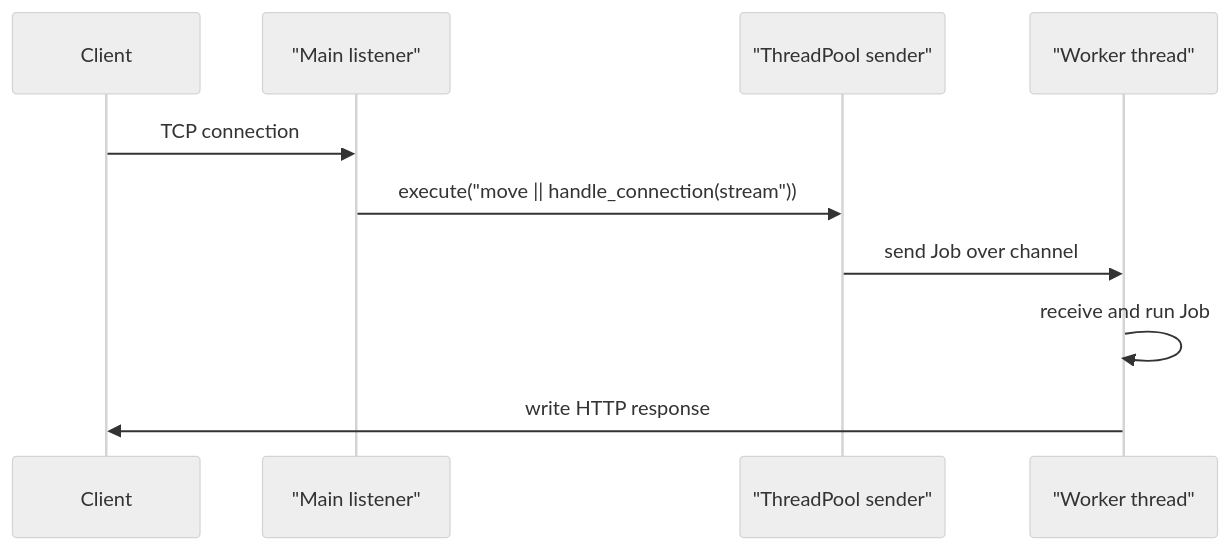
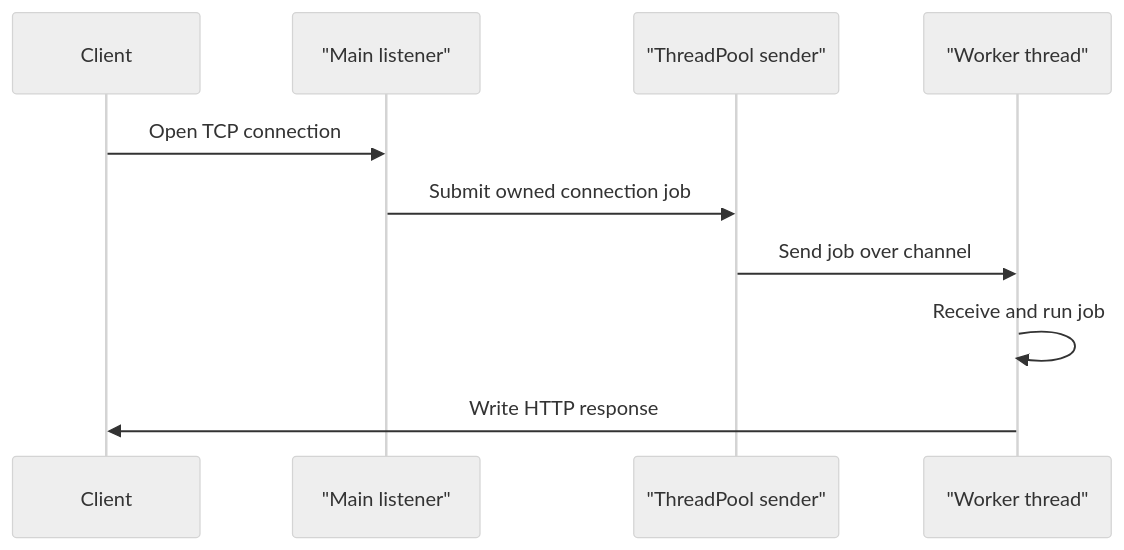
One commit to justinbrianhwang/SJ-wiki changed the diagram in docs/cs/programming/rust/multithreaded-web-server.md. Above: the diagram before and after it, drawn with Mermaid (neutral theme). The commit also changed other lines of this file and 955 other files, not shown here.

````diff
--- a/docs/cs/programming/rust/multithreaded-web-server.md
+++ b/docs/cs/programming/rust/multithreaded-web-server.md
@@ -56,12 +91,12 @@
 ```mermaid
 sequenceDiagram
   participant Client
   participant Main as "Main listener"
   participant Pool as "ThreadPool sender"
   participant Worker as "Worker thread"
-  Client->>Main: TCP connection
-  Main->>Pool: execute("move || handle_connection(stream"))
-  Pool->>Worker: send Job over channel
-  Worker->>Worker: receive and run Job
-  Worker->>Client: write HTTP response
+  Client->>Main: Open TCP connection
+  Main->>Pool: Submit owned connection job
+  Pool->>Worker: Send job over channel
+  Worker->>Worker: Receive and run job
+  Worker->>Client: Write HTTP response
 ```
````
